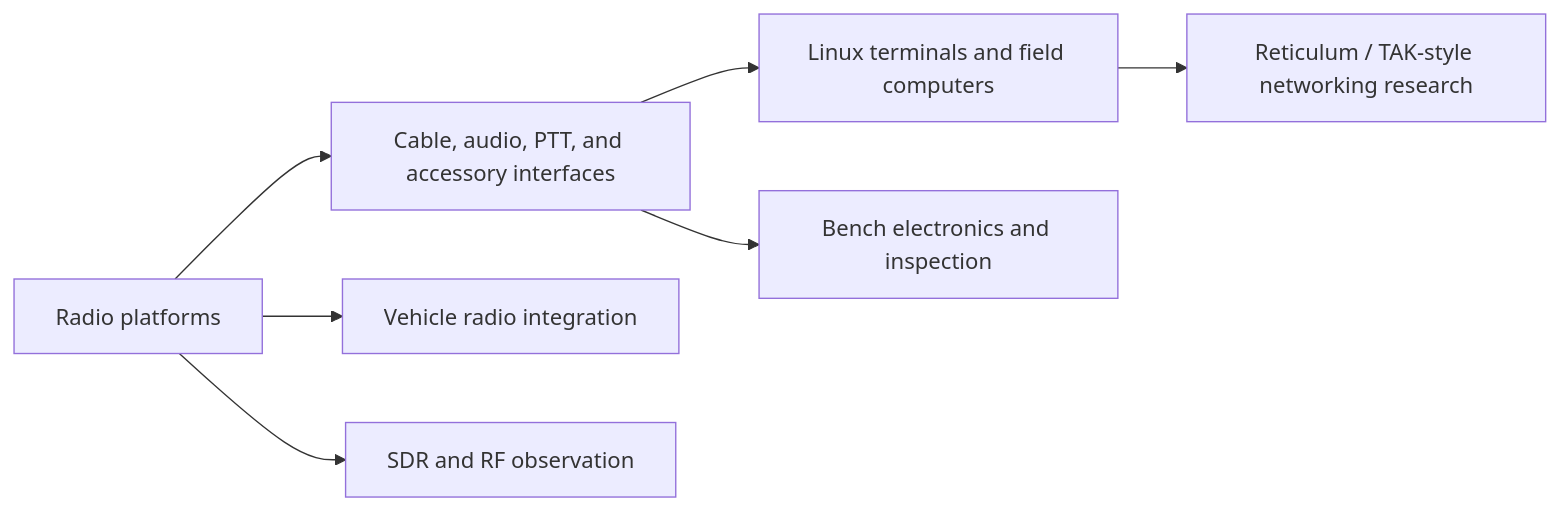
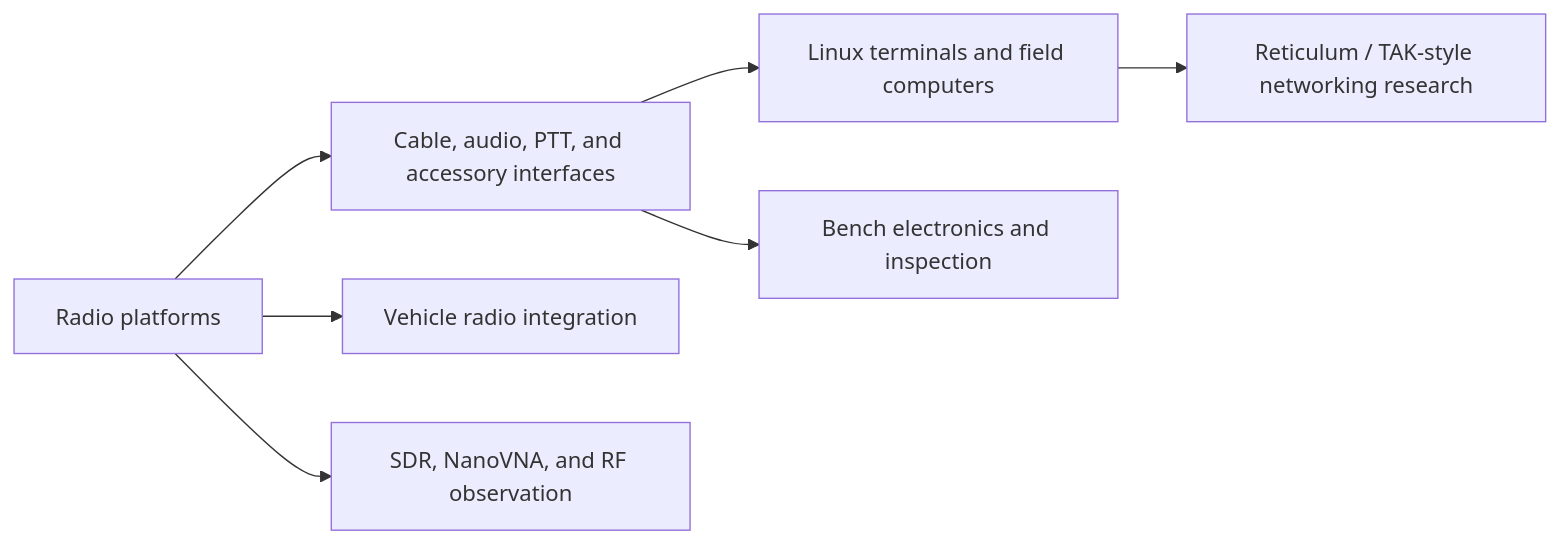
One commit to jjudge213/tactical-radio-systems-portfolio changed the diagram in README.md. Above: the diagram before and after it, drawn with Mermaid. The commit also changed other lines of this file, not shown here.

Commit message:
Update portfolio RF test equipment wording

````diff
--- a/README.md
+++ b/README.md
@@ -17,9 +17,9 @@
 ```mermaid
 flowchart LR
     radios["Radio platforms"] --> interfaces["Cable, audio, PTT, and accessory interfaces"]
     interfaces --> terminals["Linux terminals and field computers"]
     radios --> vehicle["Vehicle radio integration"]
-    radios --> rf["SDR and RF observation"]
+    radios --> rf["SDR, NanoVNA, and RF observation"]
     terminals --> apps["Reticulum / TAK-style networking research"]
     interfaces --> bench["Bench electronics and inspection"]
 ```
````
